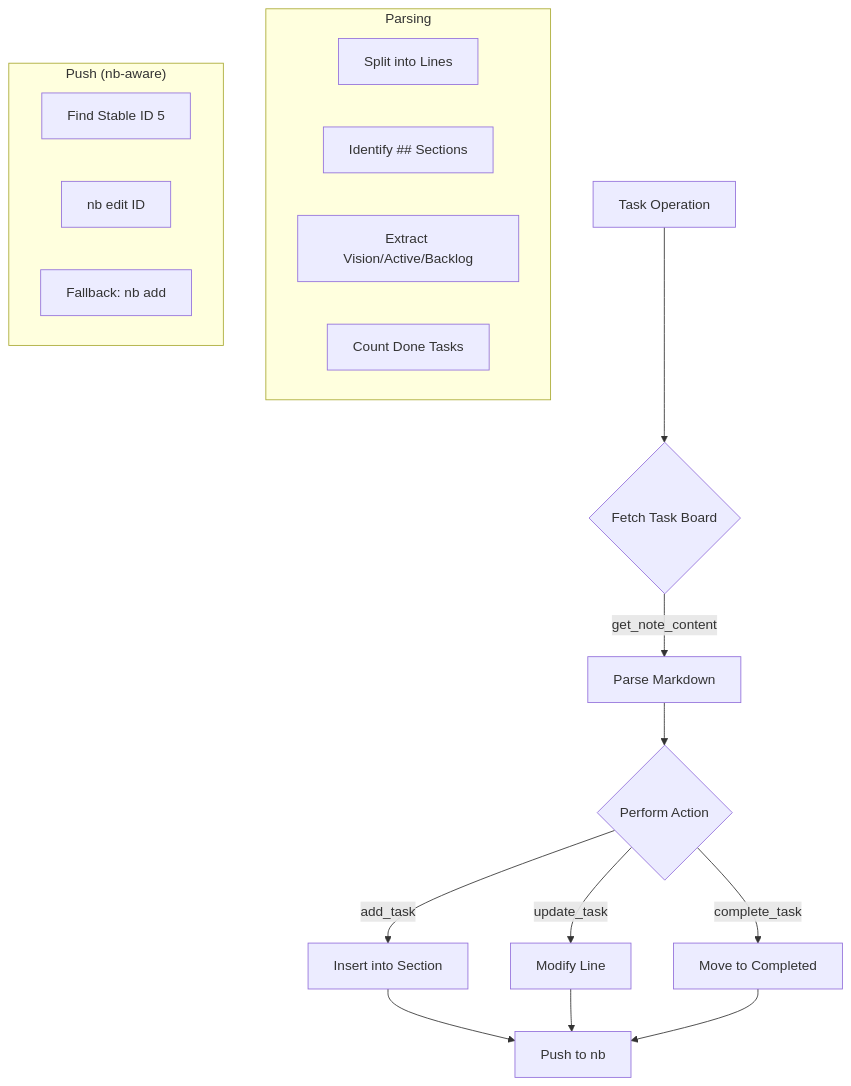
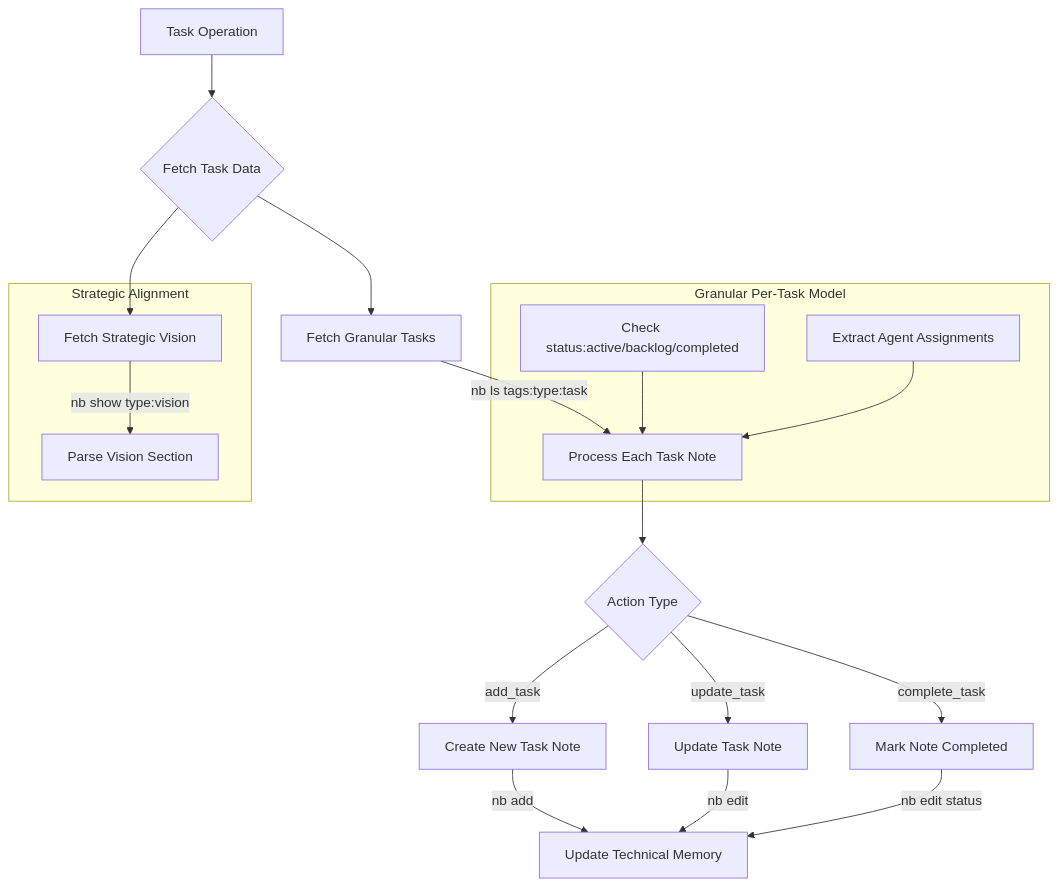
The fourth of 4 diagrams in INDEX.md (kodicw/jbot), drawn with Mermaid before and after one commit. The commit also changed other lines of this file and 7 other files, not shown here.

````diff
--- a/INDEX.md
+++ b/INDEX.md
@@ -110,25 +140,27 @@
 ```mermaid
 graph TD
-    A[Task Operation] --> B{Fetch Task Board}
-    B -->|get_note_content| C[Parse Markdown]
-    C --> D{Perform Action}
-    D -->|add_task| E[Insert into Section]
-    D -->|update_task| F[Modify Line]
-    D -->|complete_task| G[Move to Completed]
-    E --> H[Push to nb]
-    F --> H
-    G --> H
-
-    subgraph Parsing
-        C1[Split into Lines]
-        C2[Identify ## Sections]
-        C3[Extract Vision/Active/Backlog]
-        C4[Count Done Tasks]
+    A[Task Operation] --> B{Fetch Task Data}
+    B --> B1[Fetch Strategic Vision]
+    B --> B2[Fetch Granular Tasks]
+    B2 -->|nb ls tags:type:task| C[Process Each Task Note]
+    C --> D{Action Type}
+    
+    D -->|add_task| E[Create New Task Note]
+    D -->|update_task| F[Update Task Note]
+    D -->|complete_task| G[Mark Note Completed]
+    
+    E -->|nb add| H[Update Technical Memory]
+    F -->|nb edit| H
+    G -->|nb edit status| H
+    
+    subgraph "Granular Per-Task Model"
+        C1[Check status:active/backlog/completed]
+        C2[Extract Agent Assignments]
+        C1 --> C
+        C2 --> C
     end
-
-    subgraph "Push (nb-aware)"
-        H1[Find Stable ID 5]
-        H2[nb edit ID]
-        H3[Fallback: nb add]
+    
+    subgraph "Strategic Alignment"
+        B1 -->|nb show type:vision| S1[Parse Vision Section]
     end
 ```
````
